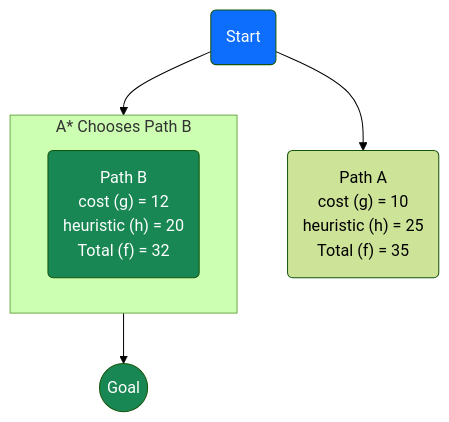
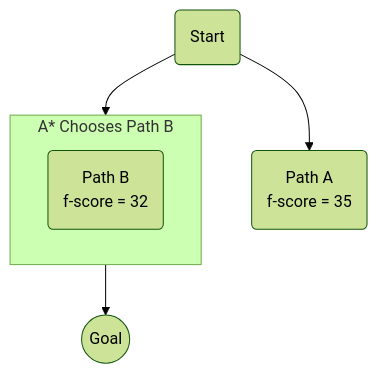
Before and after one commit to eltay89/eltay89.github.io: the second of 4 diagrams in _posts/2025-08-08-ai-search-algorithms-a-z.md, drawn with Mermaid (forest theme). The commit also changed other lines of this file, not shown here.

````diff
--- a/_posts/2025-08-08-ai-search-algorithms-a-z.md
+++ b/_posts/2025-08-08-ai-search-algorithms-a-z.md
@@ -114,17 +111,12 @@
 ```mermaid
 graph TD
-    S(Start) --> A("Path A <br> cost (g) = 10 <br> heuristic (h) = 25 <br> Total (f) = 35");
-    S --> B("Path B <br> cost (g) = 12 <br> heuristic (h) = 20 <br> Total (f) = 32");
+    S(Start) --> A("Path A <br> f-score = 35");
+    S --> B("Path B <br> f-score = 32");
 
     B --> Goal((Goal));
 
     subgraph "A* Chooses Path B"
         direction LR
         B
     end
-    
-    style S fill:#0d6efd,color:white
-    style B fill:#198754,color:white;
-    classDef goal fill:#198754,color:white;
-    class Goal goal;
 ```
````
